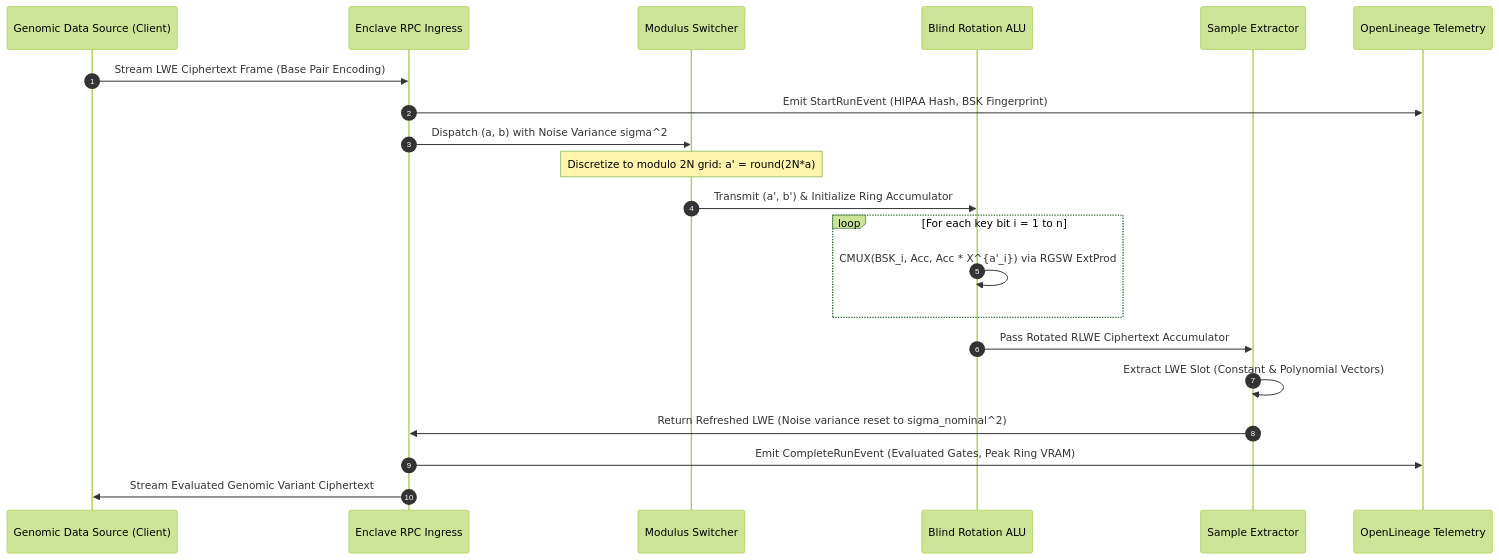
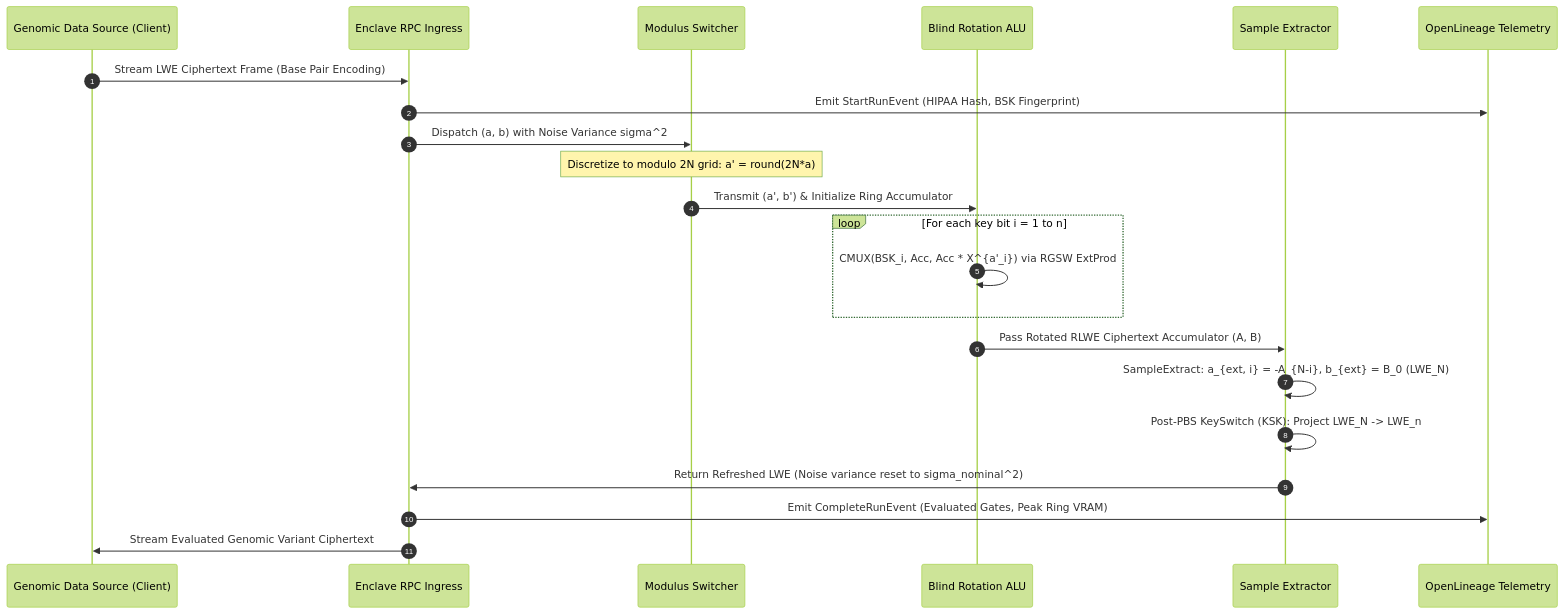
Before and after one commit to Amit1092tiwari/hyperscale-system-blueprints: the second of 3 diagrams in dispatches/day_dispatch_2026-10-17-10-37-17.md, drawn with Mermaid (forest theme). The commit also changed other lines of this file and 2 other files, not shown here.

Commit message:
docs(tfhe): document sample extraction simulation bridge and post-PBS keyswitch transition

````diff
--- a/dispatches/day_dispatch_2026-10-17-10-37-17.md
+++ b/dispatches/day_dispatch_2026-10-17-10-37-17.md
@@ -175,24 +198,25 @@
 ```mermaid
 sequenceDiagram
     autonumber
     participant Client as Genomic Data Source (Client)
     participant Ingress as Enclave RPC Ingress
     participant ModSwitch as Modulus Switcher
     participant BlindRot as Blind Rotation ALU
     participant Extractor as Sample Extractor
     participant Lineage as OpenLineage Telemetry
 
     Client->>Ingress: Stream LWE Ciphertext Frame (Base Pair Encoding)
     Ingress->>Lineage: Emit StartRunEvent (HIPAA Hash, BSK Fingerprint)
     Ingress->>ModSwitch: Dispatch (a, b) with Noise Variance sigma^2
     Note over ModSwitch: Discretize to modulo 2N grid: a' = round(2N*a)
     ModSwitch->>BlindRot: Transmit (a', b') & Initialize Ring Accumulator
     loop For each key bit i = 1 to n
         BlindRot->>BlindRot: CMUX(BSK_i, Acc, Acc * X^{a'_i}) via RGSW ExtProd
     end
-    BlindRot->>Extractor: Pass Rotated RLWE Ciphertext Accumulator
-    Extractor->>Extractor: Extract LWE Slot (Constant & Polynomial Vectors)
+    BlindRot->>Extractor: Pass Rotated RLWE Ciphertext Accumulator (A, B)
+    Extractor->>Extractor: SampleExtract: a_{ext, i} = -A_{N-i}, b_{ext} = B_0 (LWE_N)
+    Extractor->>Extractor: Post-PBS KeySwitch (KSK): Project LWE_N -> LWE_n
     Extractor->>Ingress: Return Refreshed LWE (Noise variance reset to sigma_nominal^2)
     Ingress->>Lineage: Emit CompleteRunEvent (Evaluated Gates, Peak Ring VRAM)
     Ingress->>Client: Stream Evaluated Genomic Variant Ciphertext
 ```
````
